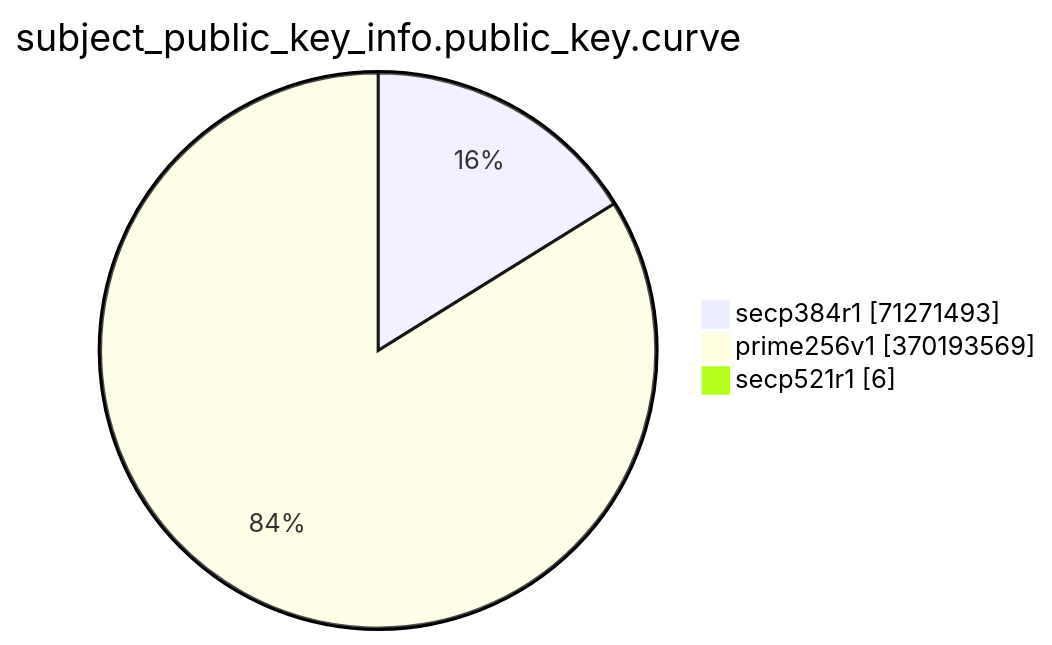
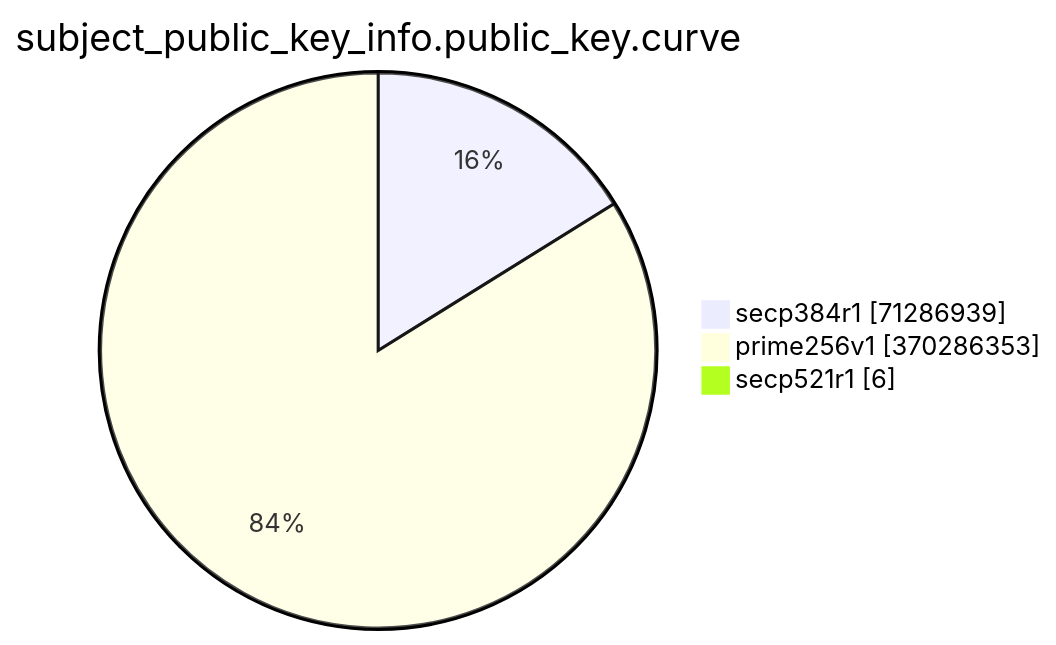
Before and after one commit to christiankrug/ctmonitor_visualization: the eighth of 15 diagrams in TOTAL/README.md, drawn with Mermaid. The commit also changed other lines of this file, not shown here.

````diff
--- a/TOTAL/README.md
+++ b/TOTAL/README.md
@@ -3094,7 +3094,7 @@
 ```mermaid
 pie showData
 title subject_public_key_info.public_key.curve
-"secp384r1" :71271493
-"prime256v1" :370193569
+"secp384r1" :71286939
+"prime256v1" :370286353
 "secp521r1" :6
 ```
````
